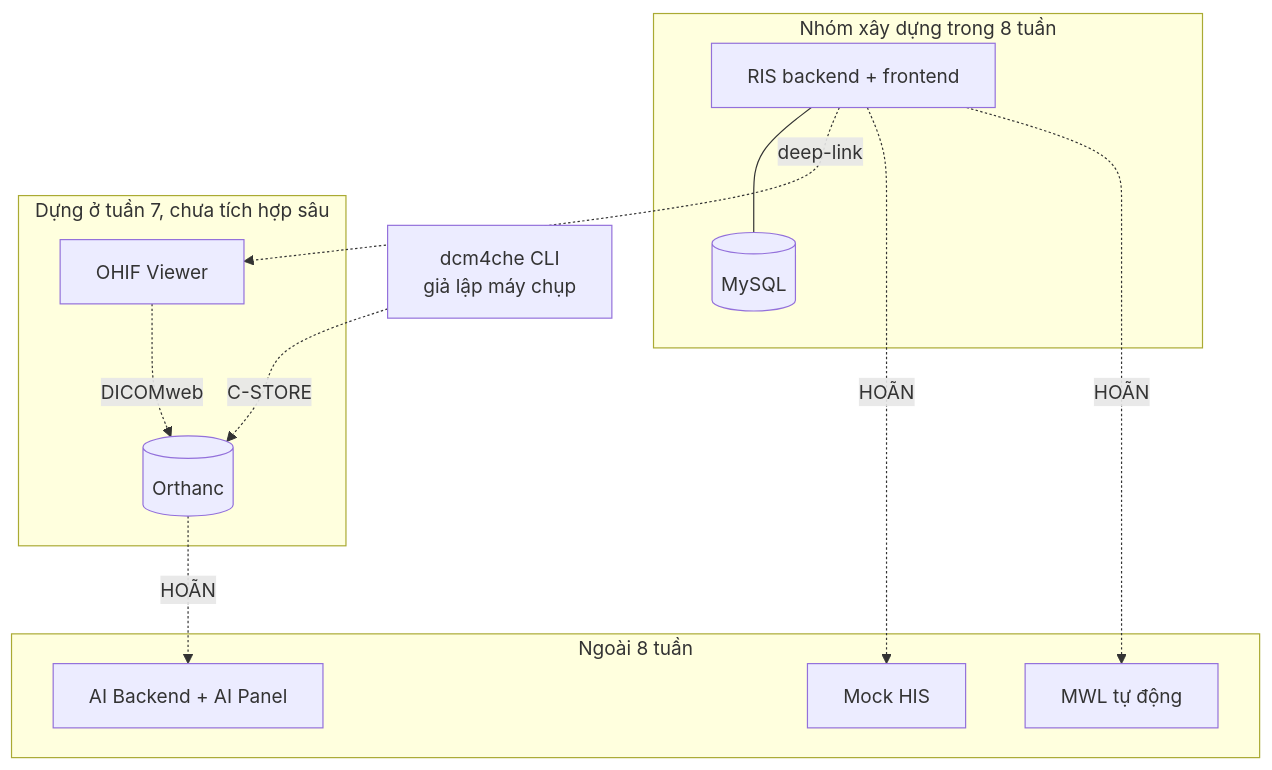
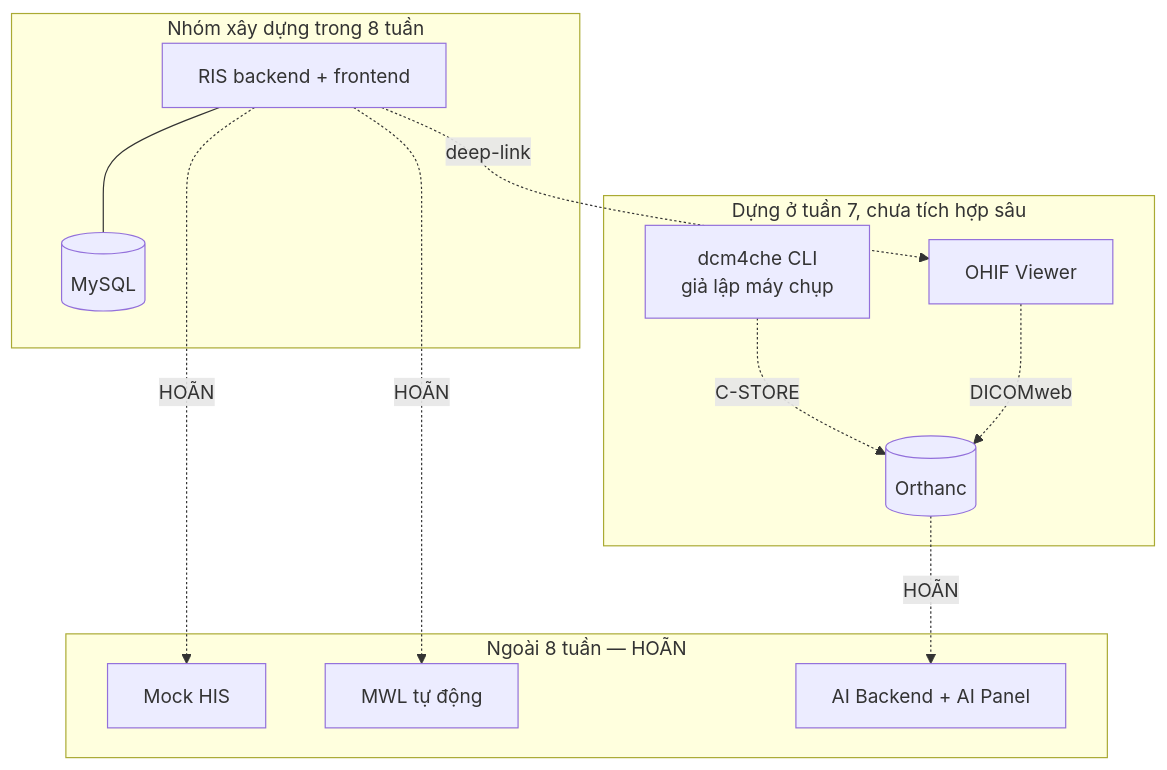
One commit to dennynguyen0905/web-MRI changed the diagram in doc/diagrams/01-ranh-gioi-he-thong.mmd. Above: the diagram before and after it, drawn with Mermaid. The commit also changed 9 other files, not shown here.

```diff
--- a/doc/diagrams/01-ranh-gioi-he-thong.mmd
+++ b/doc/diagrams/01-ranh-gioi-he-thong.mmd
@@ -1,21 +1,26 @@
 flowchart TB
     subgraph XD["Nhóm xây dựng trong 8 tuần"]
-        RIS[RIS backend + frontend]
-        DB[(MySQL)]
+        RIS["RIS backend + frontend"]
+        DB[("MySQL")]
     end
+
     subgraph TICH_HOP["Dựng ở tuần 7, chưa tích hợp sâu"]
-        PACS[(Orthanc)]
-        OHIF[OHIF Viewer]
+        PACS[("Orthanc")]
+        OHIF["OHIF Viewer"]
+        CLI["dcm4che CLI<br/>giả lập máy chụp"]
     end
-    subgraph NGOAI["Ngoài 8 tuần"]
-        MHIS[Mock HIS]
-        AI[AI Backend + AI Panel]
-        MWL[MWL tự động]
+
+    subgraph NGOAI["Ngoài 8 tuần — HOÃN"]
+        MHIS["Mock HIS"]
+        MWL["MWL tự động"]
+        AI["AI Backend + AI Panel"]
     end
-    CLI[dcm4che CLI<br/>giả lập máy chụp] -. C-STORE .-> PACS
+
     RIS --- DB
-    RIS -. deep-link .-> OHIF
-    OHIF -. DICOMweb .-> PACS
-    RIS -. HOÃN .-> MHIS
-    RIS -. HOÃN .-> MWL
-    PACS -. HOÃN .-> AI
+    CLI -. "C-STORE" .-> PACS
+    RIS -. "deep-link" .-> OHIF
+    OHIF -. "DICOMweb" .-> PACS
+
+    RIS -. "HOÃN" .-> MHIS
+    RIS -. "HOÃN" .-> MWL
+    PACS -. "HOÃN" .-> AI
```
